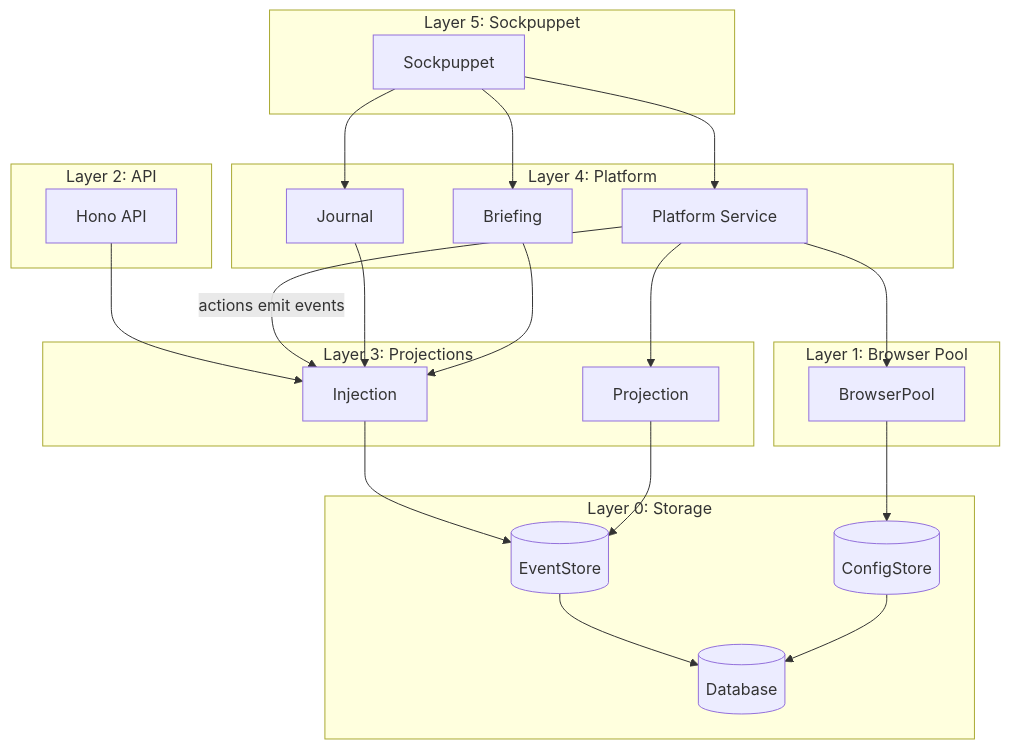
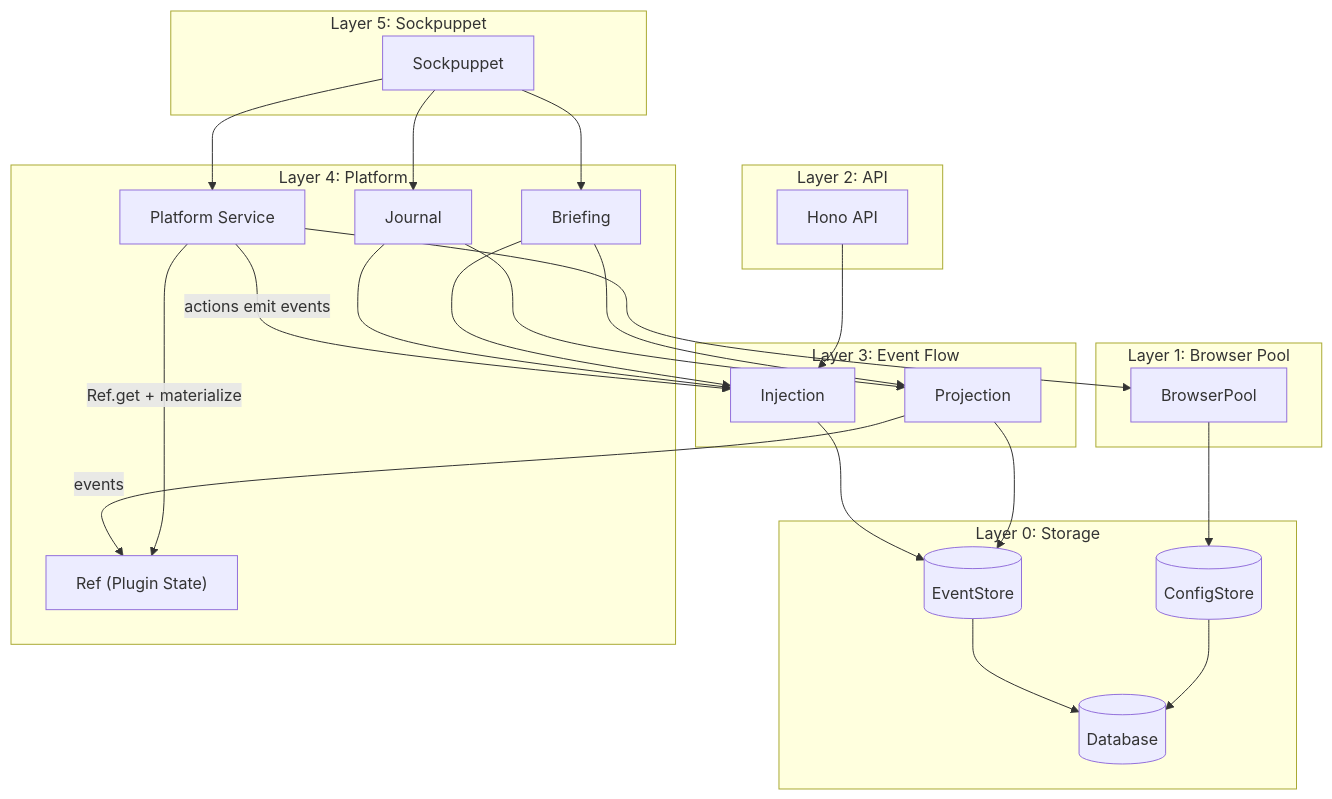
Before and after one commit to ToxicPine/bernays: the fourth of 7 diagrams in ARCHITECTURE.md, drawn with Mermaid. The commit also changed other lines of this file and 1 other file, not shown here.

First line of the commit message:
Plan reactive state architecture: incremental plugin state, EventStore as reactivity boundary

````diff
--- a/ARCHITECTURE.md
+++ b/ARCHITECTURE.md
@@ -806,46 +877,50 @@
 ```mermaid
 graph TB
     subgraph "Layer 0: Storage"
         DB[(Database)]
         ES[(EventStore)]
         CS[(ConfigStore)]
     end
 
     subgraph "Layer 1: Browser Pool"
         BP[BrowserPool]
     end
 
     subgraph "Layer 2: API"
         API[Hono API]
     end
 
-    subgraph "Layer 3: Projections"
+    subgraph "Layer 3: Event Flow"
+        INJ[Injection]
         PR[Projection]
-        INJ[Injection]
     end
 
     subgraph "Layer 4: Platform"
+        REF["Ref (Plugin State)"]
         PL[Platform Service]
         JN[Journal]
         BR[Briefing]
     end
 
     subgraph "Layer 5: Sockpuppet"
         SP[Sockpuppet]
     end
 
     ES --> DB
     CS --> DB
     BP --> CS
     API --> INJ
     PL -->|"actions emit events"| INJ
     INJ --> ES
     PR --> ES
-    PL --> PR
+    PR -->|"events"| REF
+    PL -->|"Ref.get + materialize"| REF
     PL --> BP
     JN --> INJ
+    JN --> PR
     BR --> INJ
+    BR --> PR
     SP --> PL
     SP --> JN
     SP --> BR
 ```
````
